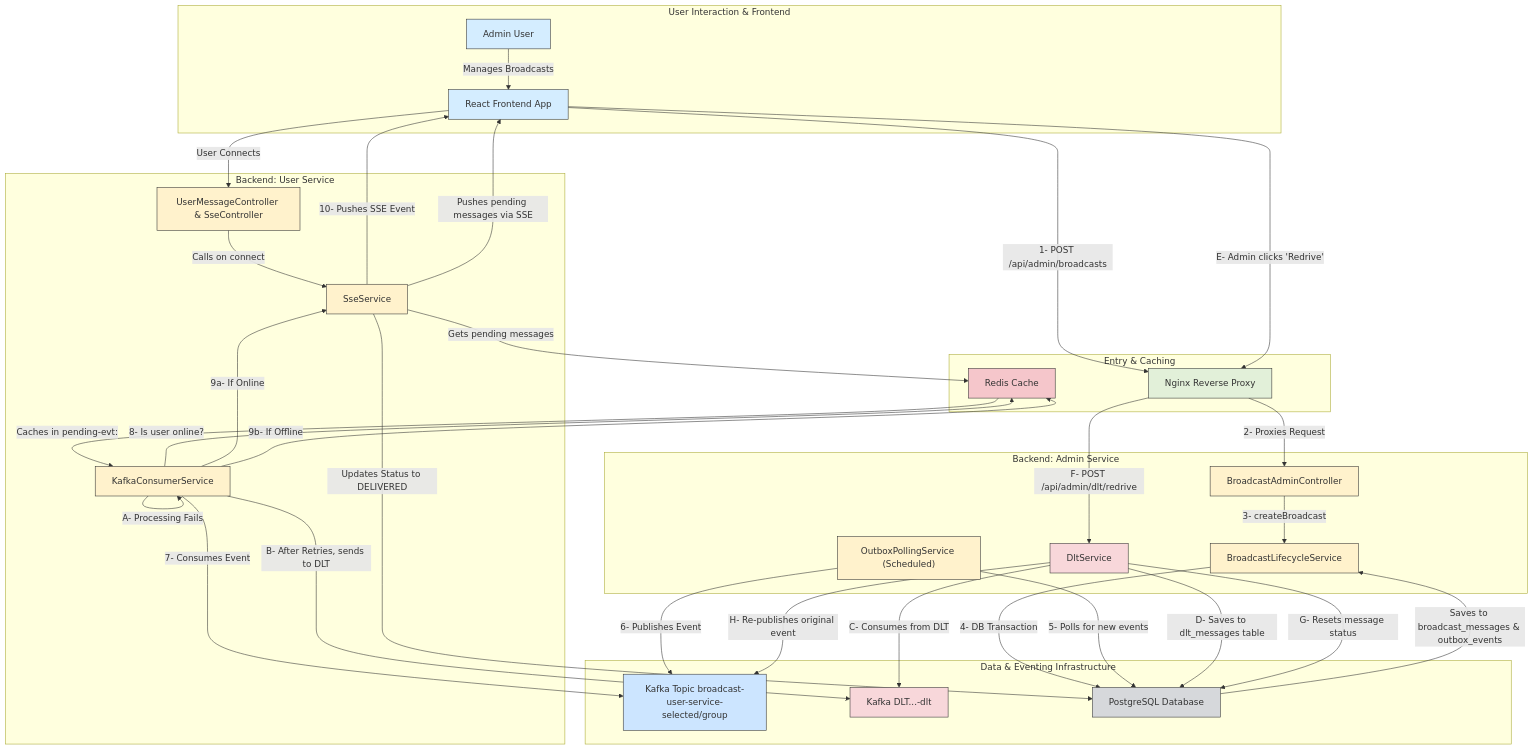
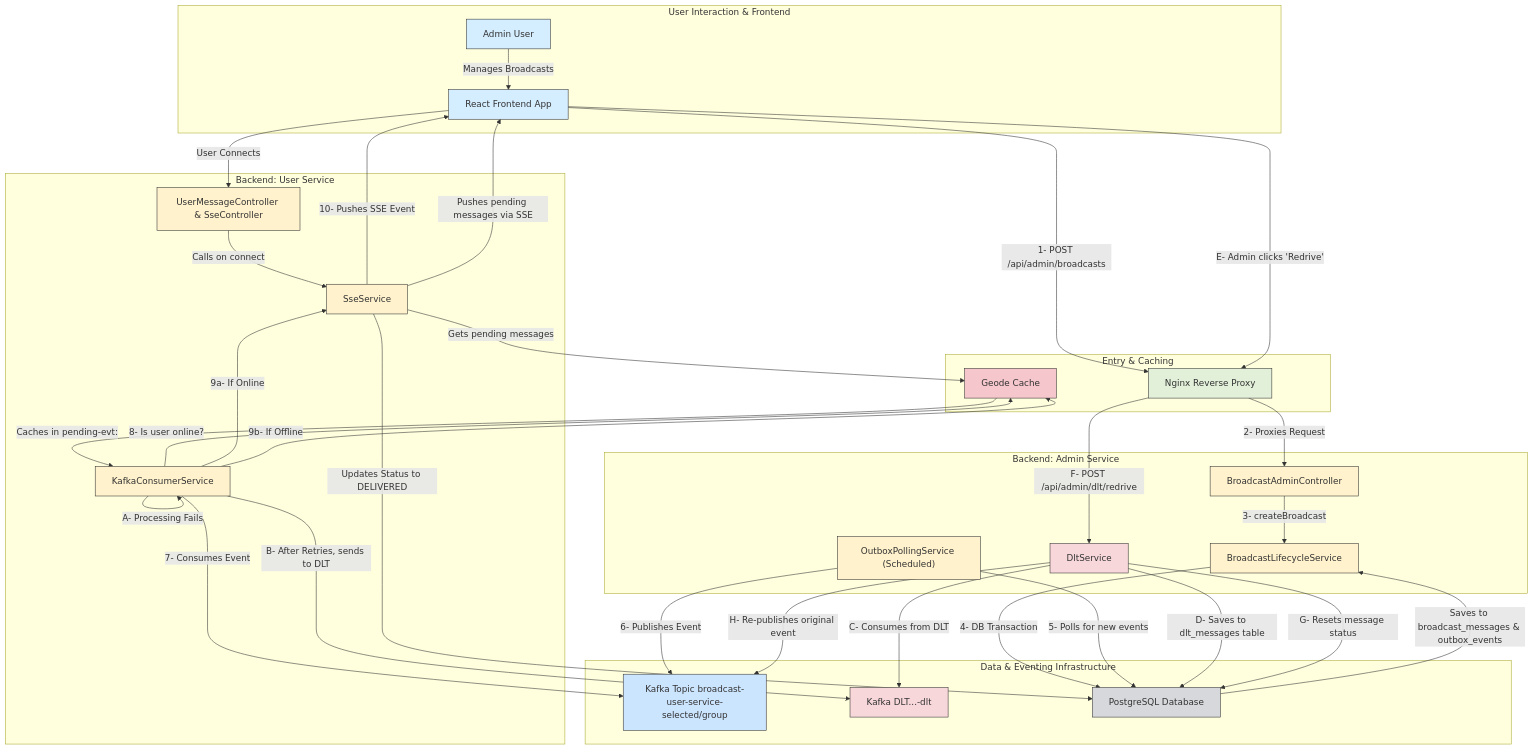
Before and after one commit to rsrini7/Notification-SSE-GLM-Flux: the diagram in broadcast-microservice/README.md, drawn with Mermaid. The commit also changed other lines of this file and 3 other files, not shown here.

First line of the commit message:
refactor: replace redis with geode as caching solution

````diff
--- a/broadcast-microservice/README.md
+++ b/broadcast-microservice/README.md
@@ -157,81 +150,81 @@
 ```mermaid
 graph TD
     subgraph "User Interaction & Frontend"
         AdminUser[Admin User]
         UI[React Frontend App]
         AdminUser -- Manages Broadcasts --> UI
     end
 
     subgraph "Entry & Caching"
         Nginx[Nginx Reverse Proxy]
-        Redis[Redis Cache]
+        Geode[Geode Cache]
     end
 
     subgraph "Backend: Admin Service"
         AdminController[BroadcastAdminController]
         LifecycleService[BroadcastLifecycleService]
         DltService[DltService]
         OutboxPoller["OutboxPollingService (Scheduled)"]
     end
 
     subgraph "Backend: User Service"
         UserController[UserMessageController & SseController]
         KafkaConsumer[KafkaConsumerService]
         SseService[SseService]
     end
 
     subgraph "Data & Eventing Infrastructure"
         KafkaTopic[Kafka Topic broadcast-user-service-selected/group]
         KafkaDLT[Kafka DLT...-dlt]
         Postgres[PostgreSQL Database]
     end
 
     %% Styles
     style AdminUser fill:#d4edff,stroke:#333
     style UI fill:#d4edff,stroke:#333
     style Nginx fill:#e2f0d9,stroke:#333
     style AdminController fill:#fff2cc,stroke:#333
     style LifecycleService fill:#fff2cc,stroke:#333
     style DltService fill:#f8d7da,stroke:#333
     style OutboxPoller fill:#fff2cc,stroke:#333
     style UserController fill:#fff2cc,stroke:#333
     style KafkaConsumer fill:#fff2cc,stroke:#333
     style SseService fill:#fff2cc,stroke:#333
     style Postgres fill:#d6d8db,stroke:#333
-    style Redis fill:#f5c6cb,stroke:#333
+    style Geode fill:#f5c6cb,stroke:#333
     style KafkaTopic fill:#cce5ff,stroke:#333
     style KafkaDLT fill:#f8d7da,stroke:#333
 
 
     %% Happy Path: Broadcast Creation and Delivery
     UI -- 1- POST /api/admin/broadcasts --> Nginx
     Nginx -- 2- Proxies Request --> AdminController
     AdminController -- 3- createBroadcast --> LifecycleService
     LifecycleService -- "4- DB Transaction" --> Postgres
     Postgres -- "Saves to broadcast_messages & outbox_events" --> LifecycleService
     OutboxPoller -- 5- Polls for new events --> Postgres
     OutboxPoller -- 6- Publishes Event --> KafkaTopic
     KafkaConsumer -- 7- Consumes Event --> KafkaTopic
-    KafkaConsumer -- 8- Is user online? --> Redis
+    KafkaConsumer -- 8- Is user online? --> Geode
     KafkaConsumer -- 9a- If Online --> SseService
     SseService -- "10- Pushes SSE Event" --> UI
     SseService -- "Updates Status to DELIVERED" --> Postgres
-    KafkaConsumer -- 9b- If Offline --> Redis
-    Redis -- "Caches in pending-evt:<userId>" --> KafkaConsumer
+    KafkaConsumer -- 9b- If Offline --> Geode
+    Geode -- "Caches in pending-evt:<userId>" --> KafkaConsumer
     
     %% User Reconnection Path
     UI -- "User Connects" --> UserController
     UserController -- "Calls on connect" --> SseService
-    SseService -- "Gets pending messages" --> Redis
+    SseService -- "Gets pending messages" --> Geode
     SseService -- "Pushes pending messages via SSE" --> UI
 
     %% DLT Path: Failure and Redrive
     KafkaConsumer -- "A- Processing Fails" --> KafkaConsumer
     KafkaConsumer -- "B- After Retries, sends to DLT" --> KafkaDLT
     DltService -- "C- Consumes from DLT" --> KafkaDLT
     DltService -- "D- Saves to dlt_messages table" --> Postgres
     UI -- "E- Admin clicks 'Redrive'" --> Nginx
     Nginx -- "F- POST /api/admin/dlt/redrive" --> DltService
     DltService -- "G- Resets message status" --> Postgres
     DltService -- "H- Re-publishes original event" --> KafkaTopic
 ```
````
